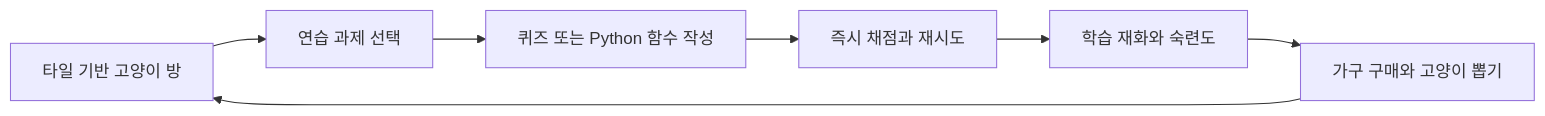
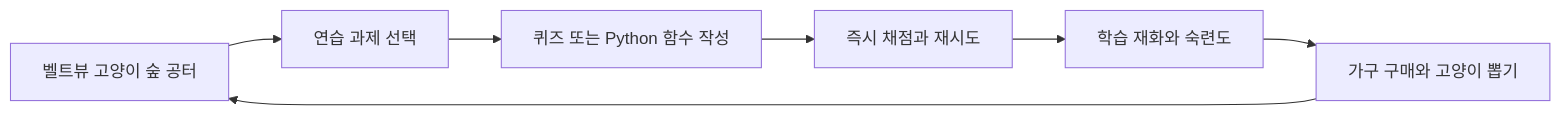
One commit to KANT-2/cat-game changed the diagram in PLAN.md. Above: the diagram before and after it, drawn with Mermaid. The commit also changed other lines of this file and 21 other files, not shown here.

````diff
--- a/PLAN.md
+++ b/PLAN.md
@@ -9,9 +9,9 @@
 ```mermaid
 flowchart LR
-    A[타일 기반 고양이 방] --> B[연습 과제 선택]
+    A[벨트뷰 고양이 숲 공터] --> B[연습 과제 선택]
     B --> C[퀴즈 또는 Python 함수 작성]
     C --> D[즉시 채점과 재시도]
     D --> E[학습 재화와 숙련도]
     E --> F[가구 구매와 고양이 뽑기]
     F --> A
 ```
````
